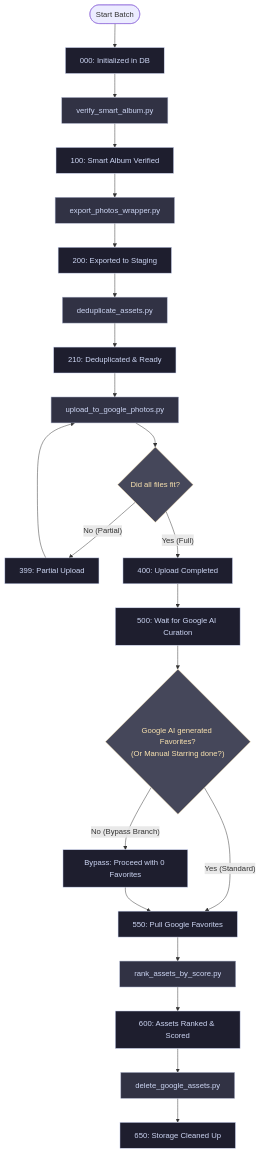
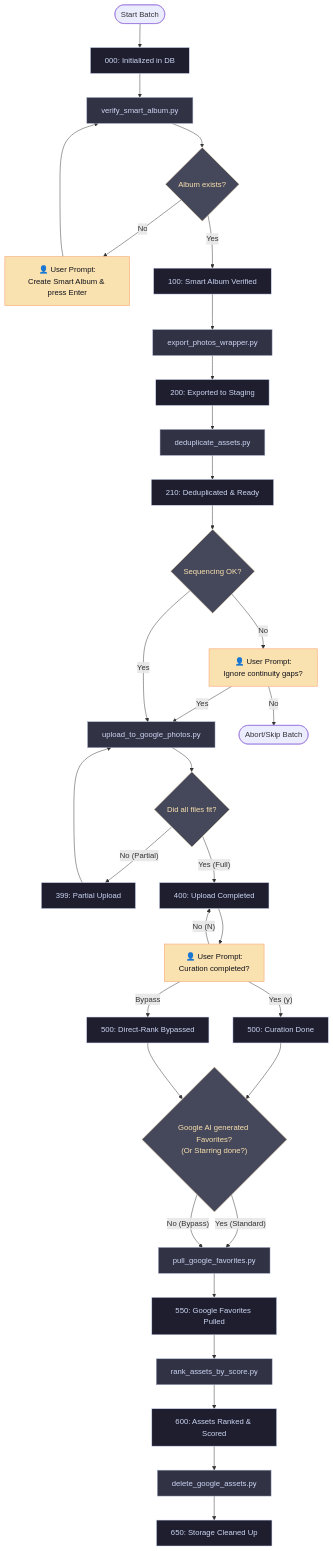
The first of 2 diagrams in docs/architectere_diagram.md (nickolaycohen/media-organizer-pipeline), drawn with Mermaid before and after one commit. The commit also changed other lines of this file and 1 other file, not shown here.

Commit message:
Update architecture diagrams to clearly mark user prompt and action points.

````diff
--- a/docs/architectere_diagram.md
+++ b/docs/architectere_diagram.md
@@ -14,37 +14,51 @@
 ```mermaid
 flowchart TD
     classDef state fill:#1e1e2e,stroke:#cdd6f4,stroke-width:1px,color:#cdd6f4;
     classDef action fill:#313244,stroke:#a6adc8,stroke-width:1px,color:#cdd6f4;
     classDef decision fill:#45475a,stroke:#f9e2af,stroke-width:1px,color:#f9e2af;
+    classDef prompt fill:#f9e2af,stroke:#fab387,stroke-width:1.5px,color:#11111b;
     
     Start([Start Batch]) --> T1_000["000: Initialized in DB"]:::state
     T1_000 --> Act_Verify["verify_smart_album.py"]:::action
-    Act_Verify --> T1_100["100: Smart Album Verified"]:::state
+    Act_Verify --> Dec_AlbumExist{"Album exists?"}:::decision
+    
+    Dec_AlbumExist -- "No" --> Prompt_CreateAlbum["👤 User Prompt:<br/>Create Smart Album & press Enter"]:::prompt
+    Prompt_CreateAlbum --> Act_Verify
+    Dec_AlbumExist -- "Yes" --> T1_100["100: Smart Album Verified"]:::state
     
     T1_100 --> Act_Export["export_photos_wrapper.py"]:::action
     Act_Export --> T1_200["200: Exported to Staging"]:::state
     
     T1_200 --> Act_Dedupe["deduplicate_assets.py"]:::action
     Act_Dedupe --> T1_210["210: Deduplicated & Ready"]:::state
     
-    T1_210 --> Act_Upload["upload_to_google_photos.py"]:::action
+    T1_210 --> Dec_Seq{"Sequencing OK?"}:::decision
+    Dec_Seq -- "No" --> Prompt_Seq["👤 User Prompt:<br/>Ignore continuity gaps?"]:::prompt
+    Prompt_Seq -- "Yes" --> Act_Upload["upload_to_google_photos.py"]:::action
+    Prompt_Seq -- "No" --> Abort([Abort/Skip Batch])
+    Dec_Seq -- "Yes" --> Act_Upload
+    
     Act_Upload --> Dec_Quota{"Did all files fit?"}:::decision
-    
     Dec_Quota -- "No (Partial)" --> T1_399["399: Partial Upload"]:::state
     Dec_Quota -- "Yes (Full)" --> T1_400["400: Upload Completed"]:::state
     
     T1_399 --> Act_Upload
-    T1_400 --> T1_500["500: Wait for Google AI Curation"]:::state
     
-    T1_500 --> Dec_Favs{"Google AI generated Favorites?\n(Or Manual Starring done?)"}:::decision
+    T1_400 --> Prompt_Curation["👤 User Prompt:<br/>Curation completed?"]:::prompt
+    Prompt_Curation -- "Yes (y)" --> T1_500["500: Curation Done"]:::state
+    Prompt_Curation -- "Bypass" --> T1_500_Bypass["500: Direct-Rank Bypassed"]:::state
+    Prompt_Curation -- "No (N)" --> T1_400
     
-    Dec_Favs -- "Yes (Standard)" --> T1_550["550: Pull Google Favorites"]:::state
-    Dec_Favs -- "No (Bypass Branch)" --> T1_500_Bypass["Bypass: Proceed with 0 Favorites"]:::state
+    T1_500 --> Dec_Favs{"Google AI generated Favorites?\n(Or Starring done?)"}:::decision
+    T1_500_Bypass --> Dec_Favs
     
-    T1_500_Bypass --> T1_550
+    Dec_Favs -- "Yes (Standard)" --> Act_Pull["pull_google_favorites.py"]:::action
+    Dec_Favs -- "No (Bypass)" --> Act_Pull
+    
+    Act_Pull --> T1_550["550: Google Favorites Pulled"]:::state
     T1_550 --> Act_Rank["rank_assets_by_score.py"]:::action
     Act_Rank --> T1_600["600: Assets Ranked & Scored"]:::state
     
     T1_600 --> Act_Cleanup["delete_google_assets.py"]:::action
     Act_Cleanup --> T1_650["650: Storage Cleaned Up"]:::state
 ```
````
